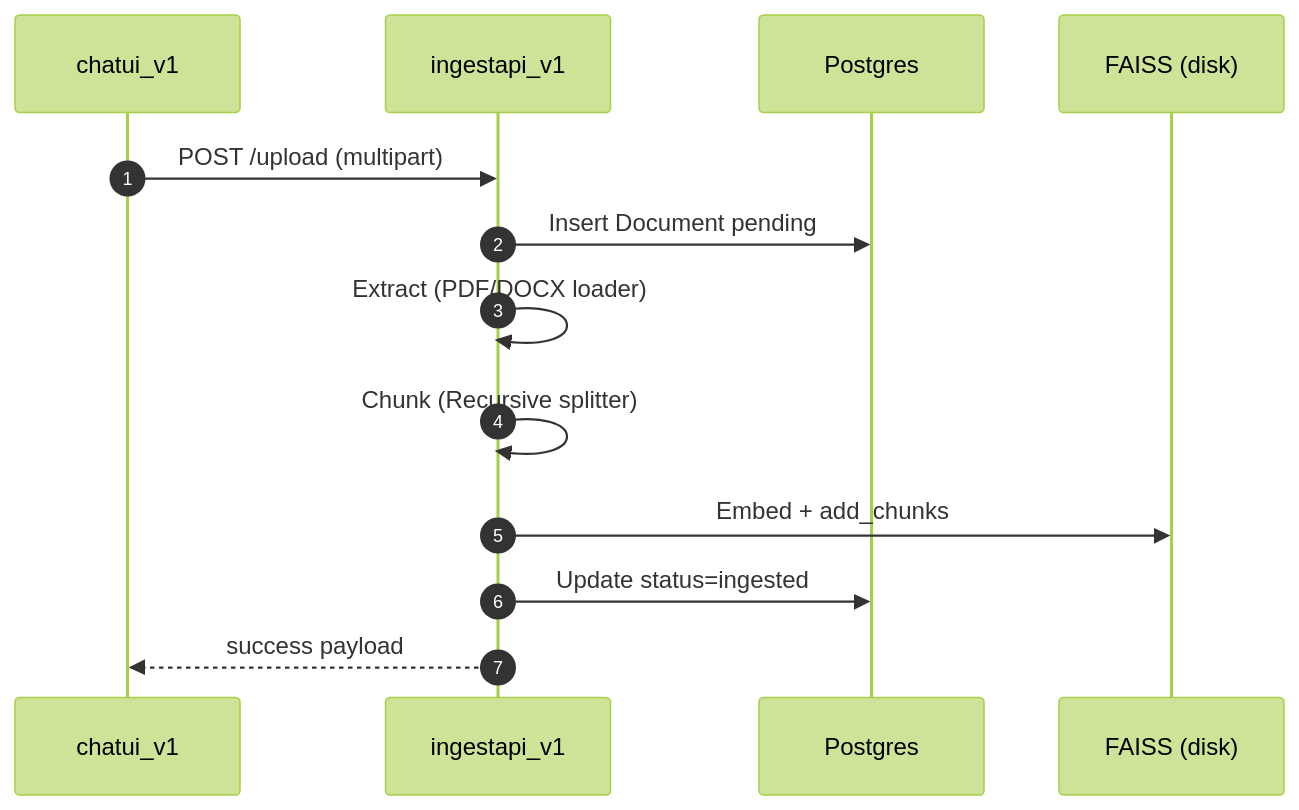
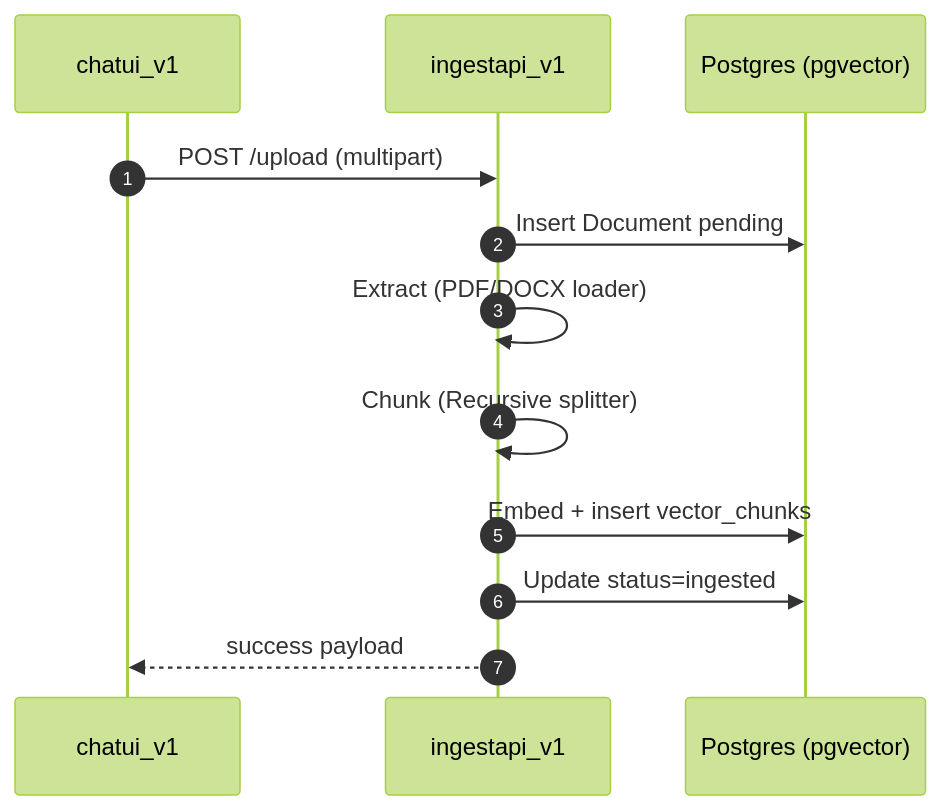
One commit to Abhi201-lab/chatbot__0 changed the fifth of 6 diagrams in chatbot_2/ARCHITECTURE.md. Above: the diagram before and after it, drawn with Mermaid (forest theme). The commit also changed other lines of this file, not shown here.

Commit message:
Refactor architecture diagram to use pgvector

````diff
--- a/chatbot_2/ARCHITECTURE.md
+++ b/chatbot_2/ARCHITECTURE.md
@@ -120,16 +115,16 @@
 ```mermaid
 sequenceDiagram
     autonumber
     participant UI as chatui_v1
     participant ING as ingestapi_v1
     participant PG as Postgres
-    participant V as FAISS (disk)
+    participant PG as Postgres (pgvector)
 
     UI->>ING: POST /upload (multipart)
     ING->>PG: Insert Document pending
     ING->>ING: Extract (PDF/DOCX loader)
     ING->>ING: Chunk (Recursive splitter)
-    ING->>V: Embed + add_chunks
+    ING->>PG: Embed + insert vector_chunks
     ING->>PG: Update status=ingested
     ING-->>UI: success payload
 ```
````
